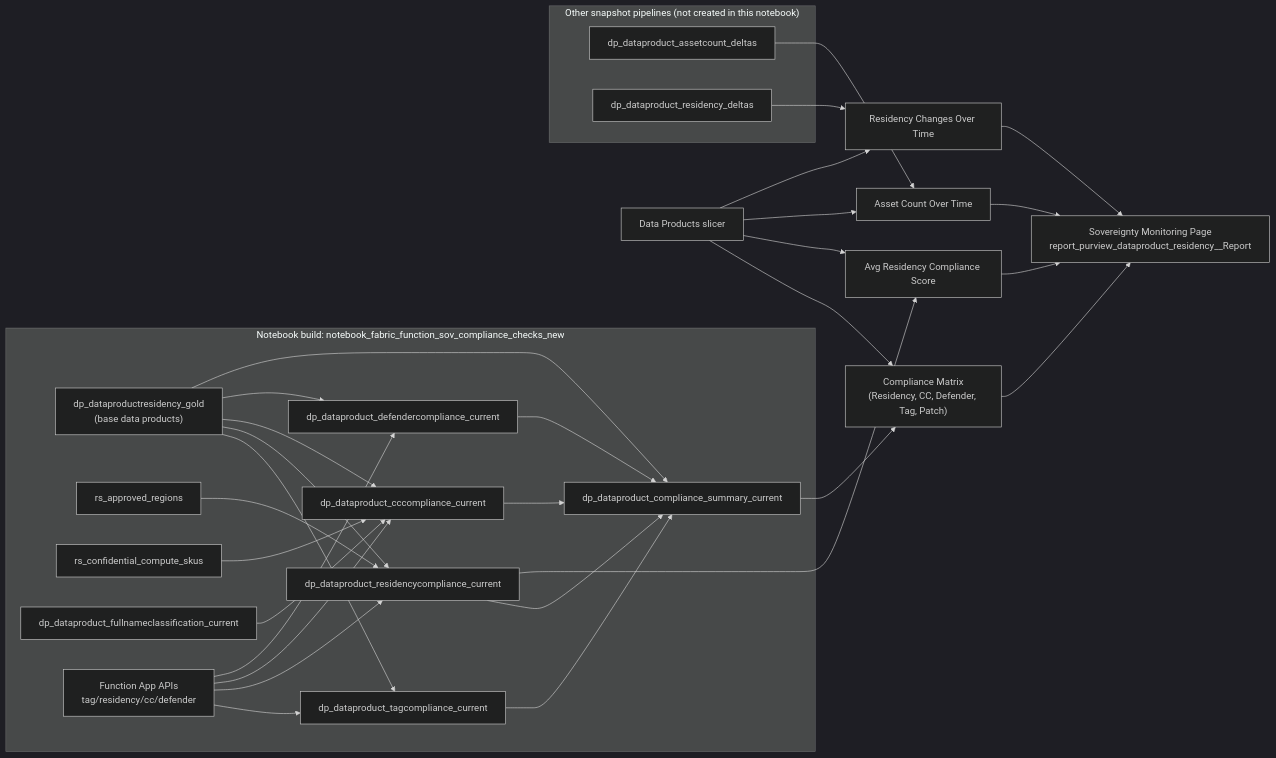
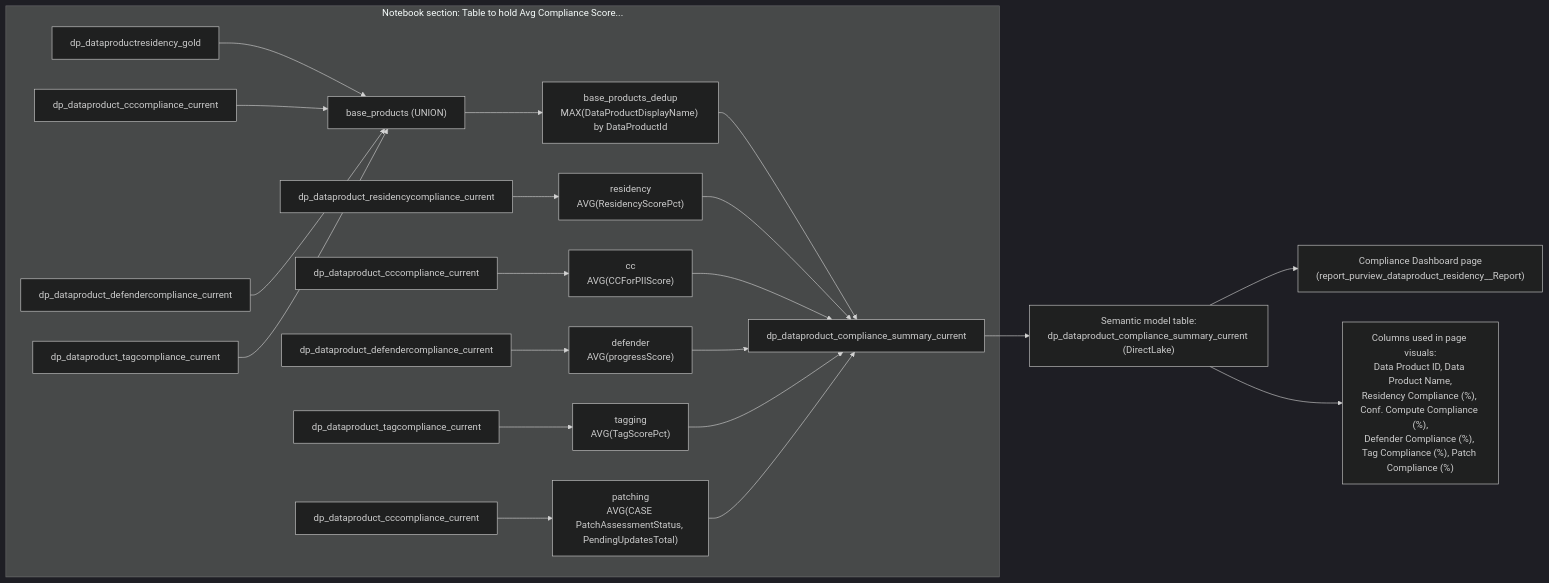
One commit to moazmirza/data-sov-and-hyb-cloud changed the third of 3 diagrams in shared/fabric-ext_fabric_space_moaz/README.md. Above: the diagram before and after it, drawn with Mermaid (dark theme). The commit also changed other lines of this file, not shown here.

Commit message:
Refocus compliance dashboard lineage on summary table build

````diff
--- a/shared/fabric-ext_fabric_space_moaz/README.md
+++ b/shared/fabric-ext_fabric_space_moaz/README.md
@@ -78,52 +78,27 @@
 ```mermaid
 graph LR
-  subgraph NOTEBOOK_BUILD["Notebook build: notebook_fabric_function_sov_compliance_checks_new"]
-    DP_BASE["dp_dataproductresidency_gold\n(base data products)"]
-    REGIONS["rs_approved_regions"]
-    CC_SKUS["rs_confidential_compute_skus"]
-    PII["dp_dataproduct_fullnameclassification_current"]
-    FUNC["Function App APIs\ntag/residency/cc/defender"]
+  subgraph NOTEBOOK_SQL["Notebook section: Table to hold Avg Compliance Score..."]
+    R0["dp_dataproductresidency_gold"] --> BP["base_products (UNION)"]
+    C0["dp_dataproduct_cccompliance_current"] --> BP
+    D0["dp_dataproduct_defendercompliance_current"] --> BP
+    T0["dp_dataproduct_tagcompliance_current"] --> BP
+    BP --> BPD["base_products_dedup\nMAX(DataProductDisplayName) by DataProductId"]
 
-    DP_BASE --> TAG_CUR["dp_dataproduct_tagcompliance_current"]
-    FUNC --> TAG_CUR
+    R1["dp_dataproduct_residencycompliance_current"] --> RES["residency\nAVG(ResidencyScorePct)"]
+    C1["dp_dataproduct_cccompliance_current"] --> CC["cc\nAVG(CCForPIIScore)"]
+    D1["dp_dataproduct_defendercompliance_current"] --> DEF["defender\nAVG(progressScore)"]
+    T1["dp_dataproduct_tagcompliance_current"] --> TAG["tagging\nAVG(TagScorePct)"]
+    C2["dp_dataproduct_cccompliance_current"] --> PATCH["patching\nAVG(CASE PatchAssessmentStatus, PendingUpdatesTotal)"]
 
-    DP_BASE --> RES_CUR["dp_dataproduct_residencycompliance_current"]
-    REGIONS --> RES_CUR
-    FUNC --> RES_CUR
-
-    DP_BASE --> CC_CUR["dp_dataproduct_cccompliance_current"]
-    PII --> CC_CUR
-    CC_SKUS --> CC_CUR
-    FUNC --> CC_CUR
-
-    DP_BASE --> DEF_CUR["dp_dataproduct_defendercompliance_current"]
-    FUNC --> DEF_CUR
-
-    RES_CUR --> COMP_SUM["dp_dataproduct_compliance_summary_current"]
-    TAG_CUR --> COMP_SUM
-    CC_CUR --> COMP_SUM
-    DEF_CUR --> COMP_SUM
-    DP_BASE --> COMP_SUM
+    BPD --> FINAL["dp_dataproduct_compliance_summary_current"]
+    RES --> FINAL
+    CC --> FINAL
+    DEF --> FINAL
+    TAG --> FINAL
+    PATCH --> FINAL
   end
 
-  COMP_SUM --> MATRIX["Compliance Matrix\n(Residency, CC, Defender, Tag, Patch)"]
-  RES_CUR --> SCORE["Avg Residency Compliance Score"]
-
-  subgraph OTHER_PIPELINES["Other snapshot pipelines (not created in this notebook)"]
-    ASSET_DELTA["dp_dataproduct_assetcount_deltas"]
-    RES_DELTA["dp_dataproduct_residency_deltas"]
-  end
-
-  ASSET_DELTA --> ASSET_TREND["Asset Count Over Time"]
-  RES_DELTA --> RES_TREND["Residency Changes Over Time"]
-
-  DP_SLICER["Data Products slicer"] --> MATRIX
-  DP_SLICER --> SCORE
-  DP_SLICER --> ASSET_TREND
-  DP_SLICER --> RES_TREND
-
-  MATRIX --> PAGE["Sovereignty Monitoring Page\nreport_purview_dataproduct_residency__Report"]
-  SCORE --> PAGE
-  ASSET_TREND --> PAGE
-  RES_TREND --> PAGE
+  FINAL --> SM["Semantic model table:\ndp_dataproduct_compliance_summary_current (DirectLake)"]
+  SM --> PAGE["Compliance Dashboard page\n(report_purview_dataproduct_residency__Report)"]
+  SM --> COLS["Columns used in page visuals:\nData Product ID, Data Product Name,\nResidency Compliance (%), Conf. Compute Compliance (%),\nDefender Compliance (%), Tag Compliance (%), Patch Compliance (%)"]
 ```
````
